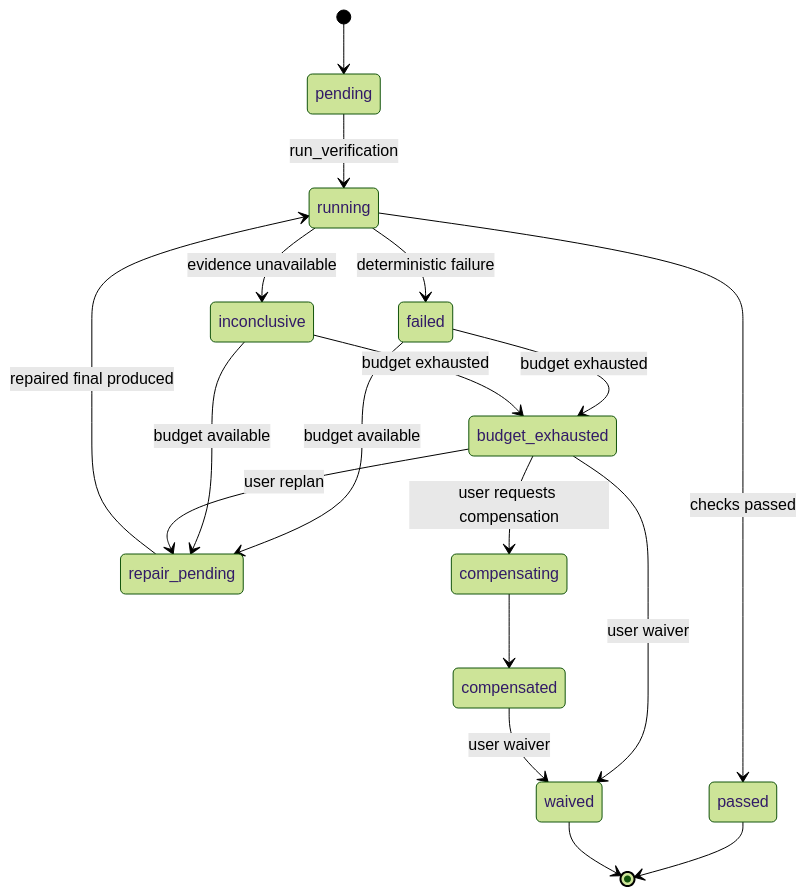
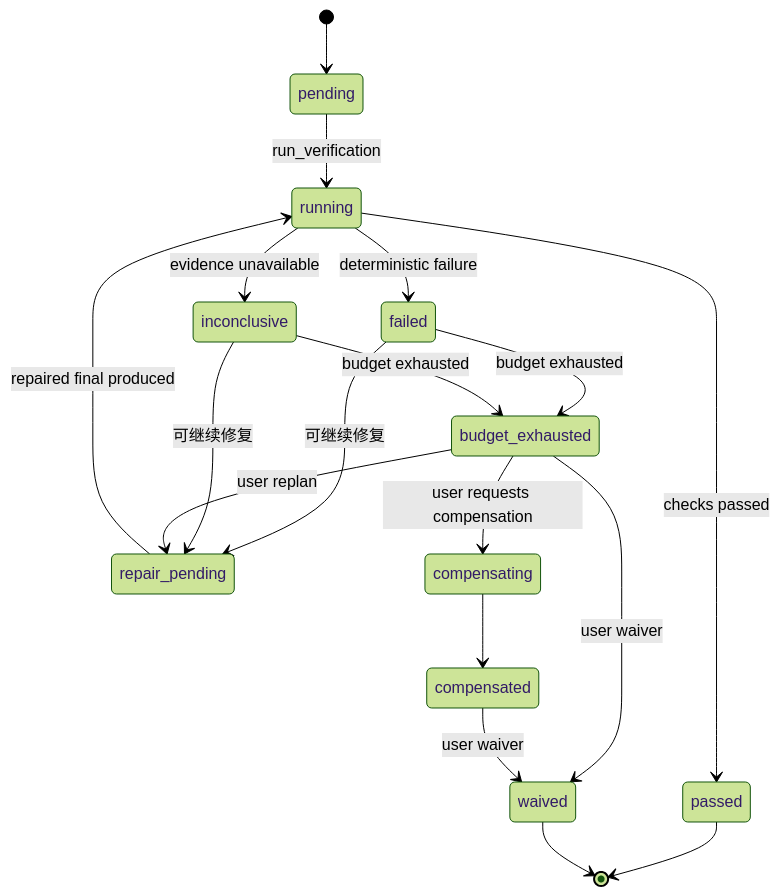
Before and after one commit to ferqx/kite-code: the diagram in docs/active/verification-governance.md, drawn with Mermaid (forest theme). The commit also changed other lines of this file and 328 other files, not shown here.

````diff
--- a/docs/active/verification-governance.md
+++ b/docs/active/verification-governance.md
@@ -72,20 +72,20 @@
 ```mermaid
 stateDiagram-v2
     [*] --> pending
     pending --> running: run_verification
     running --> passed: checks passed
     running --> failed: deterministic failure
     running --> inconclusive: evidence unavailable
-    failed --> repair_pending: budget available
-    inconclusive --> repair_pending: budget available
+    failed --> repair_pending: 可继续修复
+    inconclusive --> repair_pending: 可继续修复
     repair_pending --> running: repaired final produced
     failed --> budget_exhausted: budget exhausted
     inconclusive --> budget_exhausted: budget exhausted
     budget_exhausted --> repair_pending: user replan
     budget_exhausted --> compensating: user requests compensation
     compensating --> compensated
     budget_exhausted --> waived: user waiver
     compensated --> waived: user waiver
     passed --> [*]
     waived --> [*]
 ```
````
